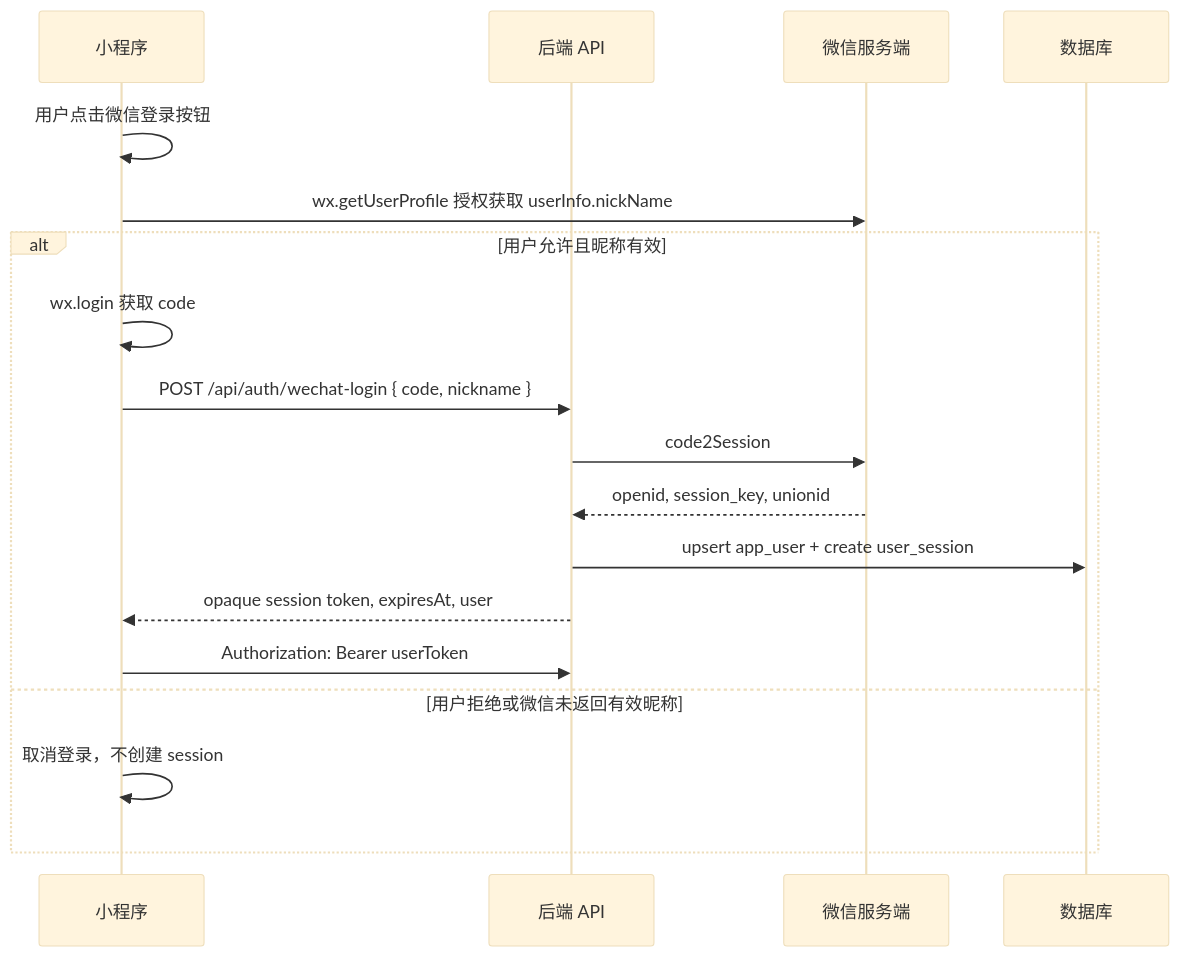
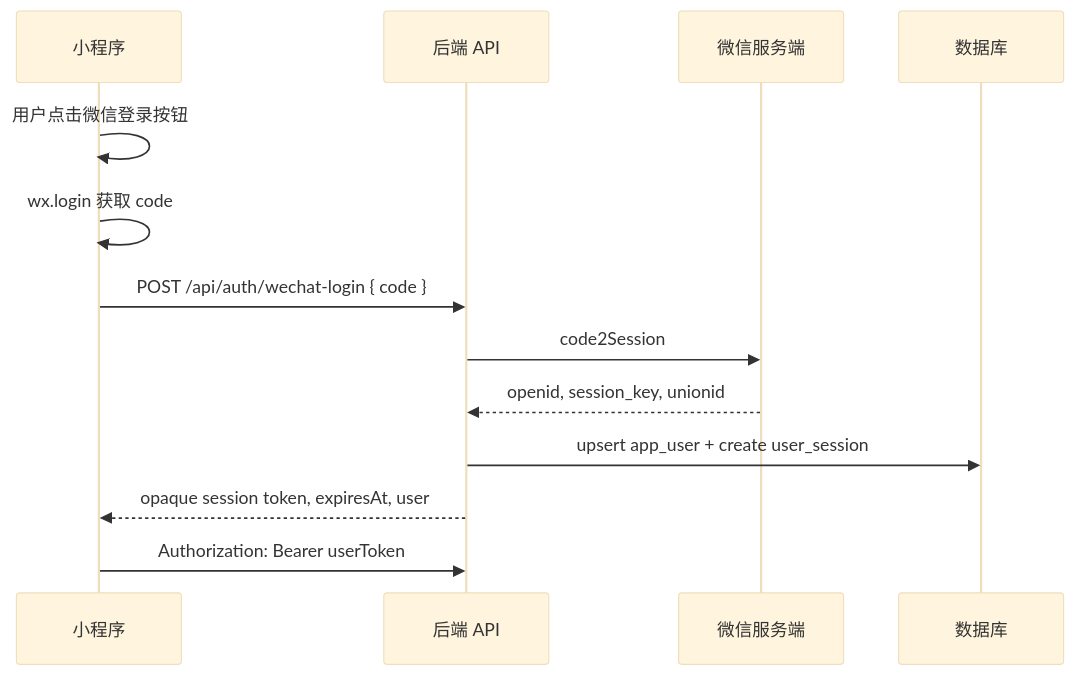
Before and after one commit to HuangLA/mrjz-app: the second of 3 diagrams in docs/TECHNICAL_DESIGN.md, drawn with Mermaid (base theme). The commit also changed other lines of this file and 7 other files, not shown here.

Commit message:
Allow WeChat login without nickname authorization

````diff
--- a/docs/TECHNICAL_DESIGN.md
+++ b/docs/TECHNICAL_DESIGN.md
@@ -180,21 +180,16 @@
 ```mermaid
 sequenceDiagram
   participant MP as 小程序
   participant API as 后端 API
   participant WX as 微信服务端
   participant DB as 数据库
 
   MP->>MP: 用户点击微信登录按钮
-  MP->>WX: wx.getUserProfile 授权获取 userInfo.nickName
-  alt 用户允许且昵称有效
-    MP->>MP: wx.login 获取 code
-    MP->>API: POST /api/auth/wechat-login { code, nickname }
-    API->>WX: code2Session
-    WX-->>API: openid, session_key, unionid
-    API->>DB: upsert app_user + create user_session
-    API-->>MP: opaque session token, expiresAt, user
-    MP->>API: Authorization: Bearer userToken
-  else 用户拒绝或微信未返回有效昵称
-    MP->>MP: 取消登录，不创建 session
-  end
+  MP->>MP: wx.login 获取 code
+  MP->>API: POST /api/auth/wechat-login { code }
+  API->>WX: code2Session
+  WX-->>API: openid, session_key, unionid
+  API->>DB: upsert app_user + create user_session
+  API-->>MP: opaque session token, expiresAt, user
+  MP->>API: Authorization: Bearer userToken
 ```
````
